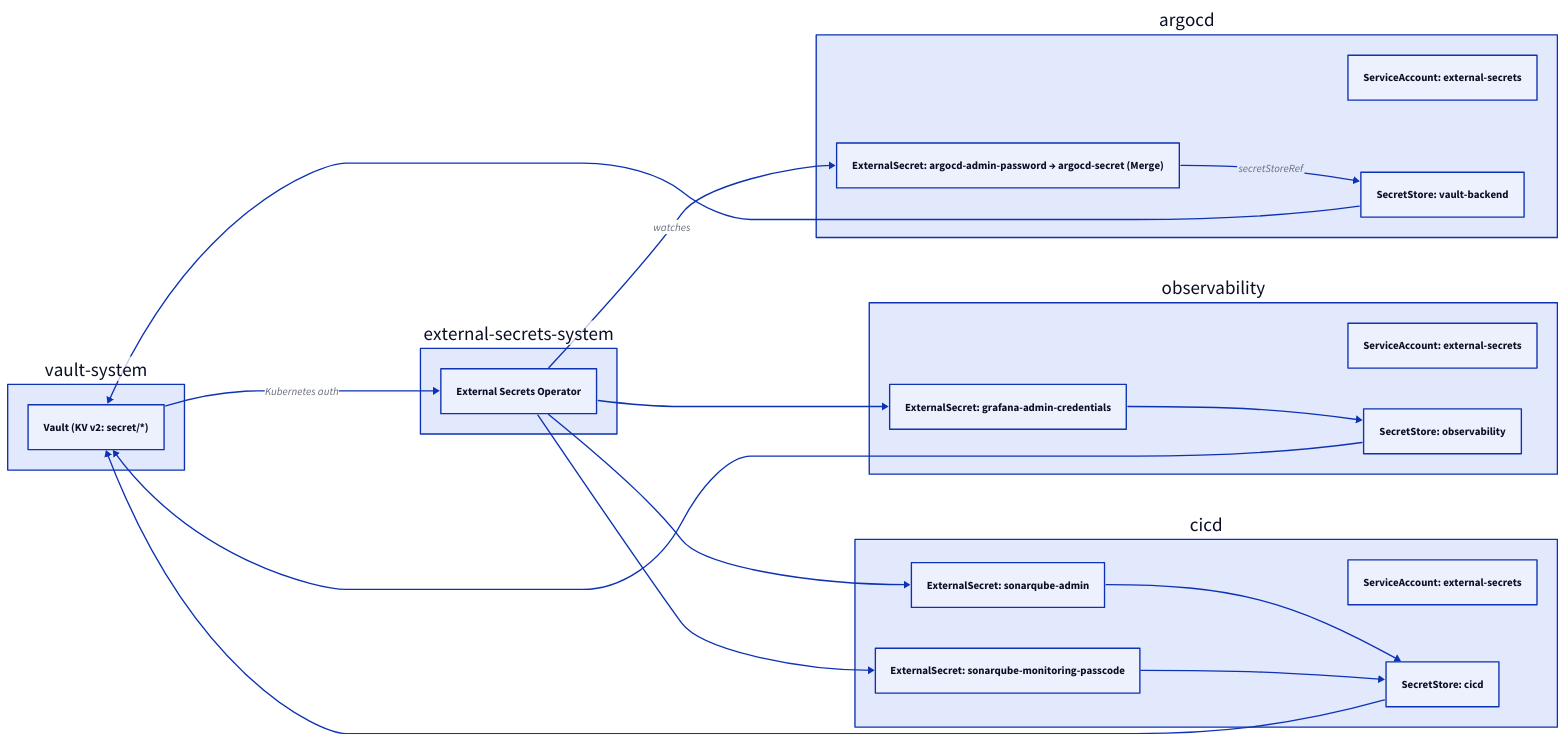
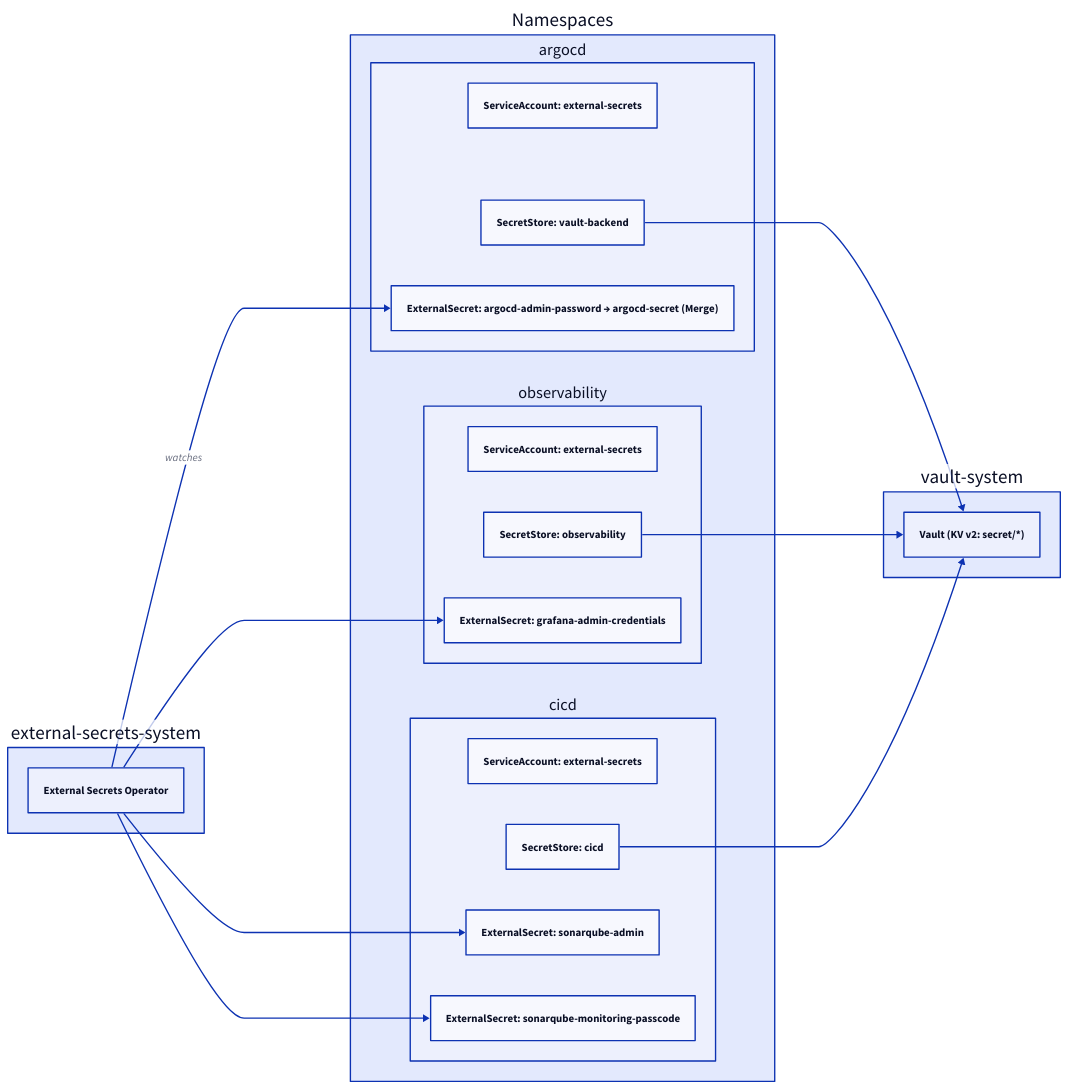
Before and after one commit to rou-cru/idp-blueprint: the diagram in Docs/concepts/secrets-management.md, drawn with D2. The commit also changed other lines of this file and 36 other files, not shown here.

````diff
--- a/Docs/concepts/secrets-management.md
+++ b/Docs/concepts/secrets-management.md
@@ -14,48 +14,44 @@
 ```d2
 direction: right
 
-VaultNS: {
+VaultSystem: {
   label: "vault-system"
   Vault: "Vault (KV v2: secret/*)"
 }
 
 ESOSystem: {
   label: "external-secrets-system"
   ESO: "External Secrets Operator"
 }
 
-Argocd: {
-  label: "argocd"
-  SAa: "ServiceAccount: external-secrets"
-  SSa: "SecretStore: vault-backend"
-  ESa: "ExternalSecret: argocd-admin-password → argocd-secret (Merge)"
+Namespaces: {
+  Argocd: {
+    label: "argocd"
+    SA: "ServiceAccount: external-secrets"
+    Store: "SecretStore: vault-backend"
+    ES: "ExternalSecret: argocd-admin-password → argocd-secret (Merge)"
+  }
+  Observability: {
+    label: "observability"
+    SA: "ServiceAccount: external-secrets"
+    Store: "SecretStore: observability"
+    ES: "ExternalSecret: grafana-admin-credentials"
+  }
+  CICD: {
+    label: "cicd"
+    SA: "ServiceAccount: external-secrets"
+    Store: "SecretStore: cicd"
+    ES1: "ExternalSecret: sonarqube-admin"
+    ES2: "ExternalSecret: sonarqube-monitoring-passcode"
+  }
 }
 
-Observability: {
-  label: "observability"
-  SAo: "ServiceAccount: external-secrets"
-  SSo: "SecretStore: observability"
-  ESo: "ExternalSecret: grafana-admin-credentials"
-}
+ESOSystem.ESO -> Namespaces.Argocd.ES: watches
+ESOSystem.ESO -> Namespaces.Observability.ES
+ESOSystem.ESO -> Namespaces.CICD.ES1
+ESOSystem.ESO -> Namespaces.CICD.ES2
 
-CICD: {
-  label: "cicd"
-  SAc: "ServiceAccount: external-secrets"
-  SSc: "SecretStore: cicd"
-  ESc1: "ExternalSecret: sonarqube-admin"
-  ESc2: "ExternalSecret: sonarqube-monitoring-passcode"
-}
-
-VaultNS.Vault -> ESOSystem.ESO: "Kubernetes auth"
-ESOSystem.ESO -> Argocd.ESa: "watches"
-ESOSystem.ESO -> Observability.ESo
-ESOSystem.ESO -> CICD.ESc1
-ESOSystem.ESO -> CICD.ESc2
-Argocd.ESa -> Argocd.SSa: "secretStoreRef"
-Observability.ESo -> Observability.SSo
-CICD.ESc1 -> CICD.SSc
-CICD.ESc2 -> CICD.SSc
-Argocd.SSa -> VaultNS.Vault
-Observability.SSo -> VaultNS.Vault
-CICD.SSc -> VaultNS.Vault
+Namespaces.Argocd.Store -> VaultSystem.Vault
+Namespaces.Observability.Store -> VaultSystem.Vault
+Namespaces.CICD.Store -> VaultSystem.Vault
 ```
````
